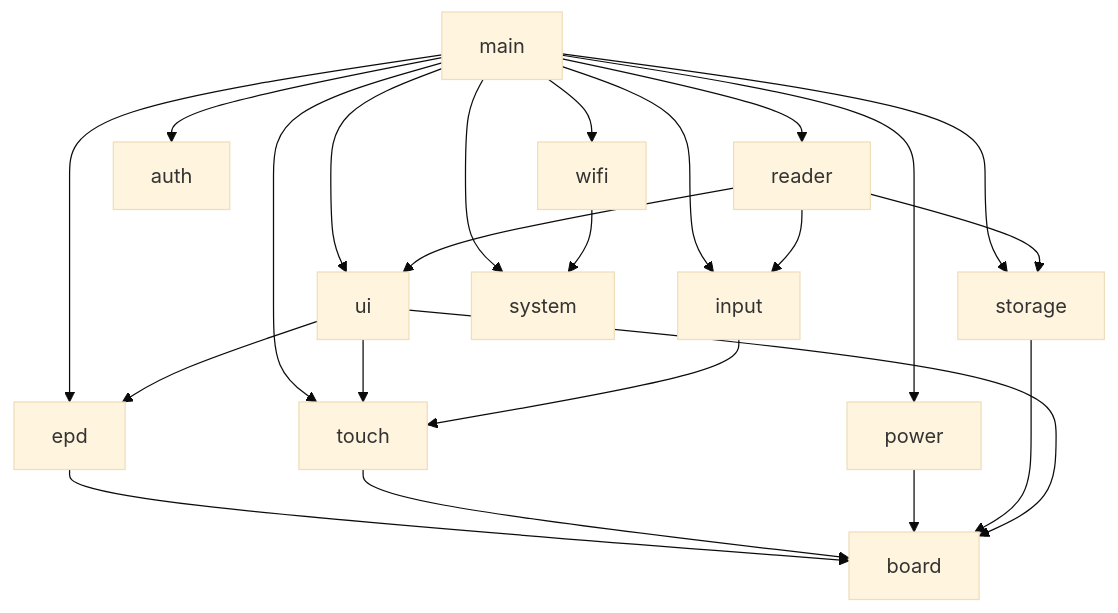
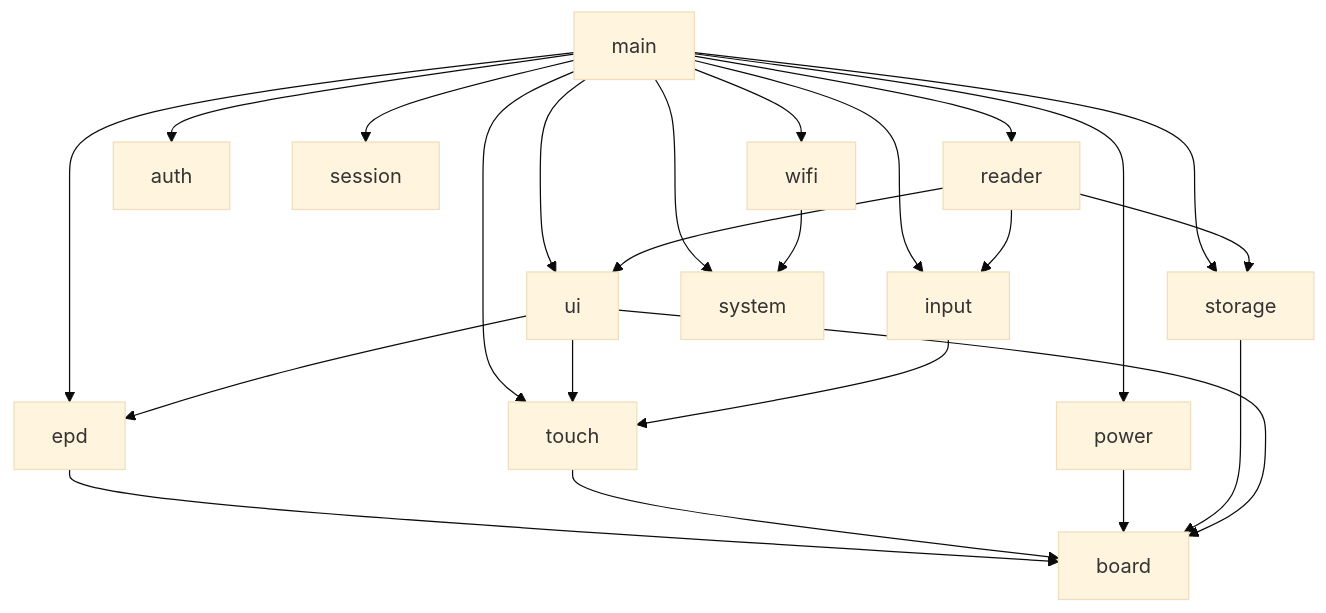
One commit to xiaobaoaaaaaa/ESPaperPlay changed the second of 2 diagrams in README.md. Above: the diagram before and after it, drawn with Mermaid (base theme). The commit also changed other lines of this file and 5 other files, not shown here.

````diff
--- a/README.md
+++ b/README.md
@@ -201,30 +204,31 @@
 ```mermaid
 graph TD
     main[main] --> reader[reader]
     main --> ui[ui]
     main --> input[input]
     main --> power[power]
     main --> storage[storage]
     main --> system[system]
     main --> auth[auth]
+    main --> session[session]
     main --> wifi[wifi]
     main --> touch[touch]
     main --> epd[epd]
 
     wifi --> system
 
     reader --> ui
     reader --> input
     reader --> storage
 
     ui --> epd
     ui --> touch
 
     input --> touch
 
     epd --> board[board]
     touch --> board
     power --> board
     storage --> board
     ui --> board
 ```
````
